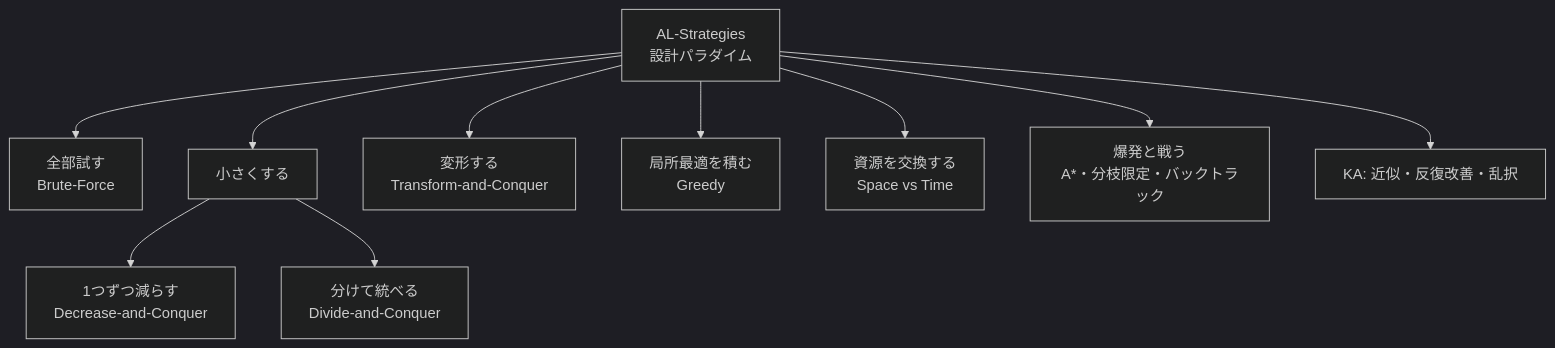
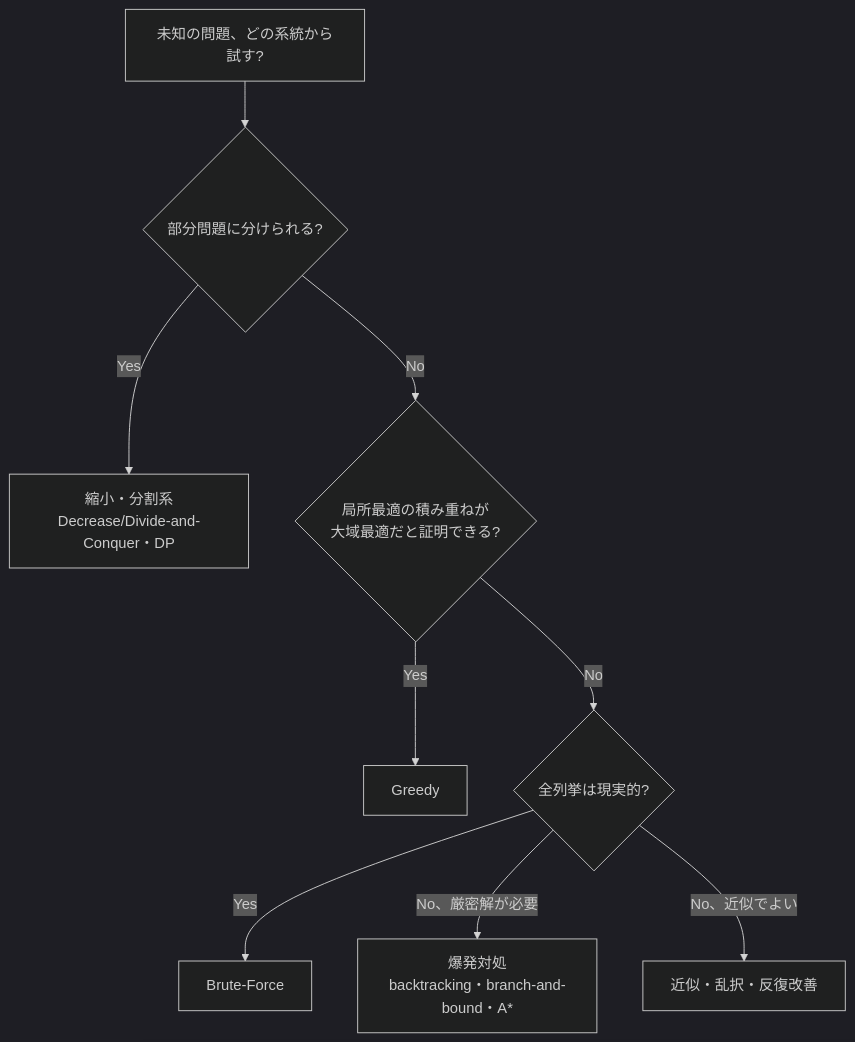
One commit to miyataka/cszap changed the first of 6 diagrams in docs/AL/AL-Strategies.md. Above: the diagram before and after it, drawn with Mermaid (dark theme). The commit also changed other lines of this file and 28 other files, not shown here.

First line of the commit message:
docs: redesign 全体像 diagrams per unit (29 pages)

````diff
--- a/docs/AL/AL-Strategies.md
+++ b/docs/AL/AL-Strategies.md
@@ -15,12 +15,12 @@
 ```mermaid
-graph TD
-  A[AL-Strategies<br/>設計パラダイム] --> B[全部試す<br/>Brute-Force]
-  A --> C[小さくする]
-  A --> D[変形する<br/>Transform-and-Conquer]
-  A --> E[局所最適を積む<br/>Greedy]
-  A --> F[資源を交換する<br/>Space vs Time]
-  C --> C1[1つずつ減らす<br/>Decrease-and-Conquer]
-  C --> C2[分けて統べる<br/>Divide-and-Conquer]
-  A --> G[爆発と戦う<br/>A*・分枝限定・バックトラック]
-  A --> H[KA: 近似・反復改善・乱択]
+flowchart TD
+  Q0["未知の問題、どの系統から試す?"]
+  Q0 --> Q1{部分問題に分けられる?}
+  Q1 -->|Yes| SHRINK["縮小・分割系<br/>Decrease/Divide-and-Conquer・DP"]
+  Q1 -->|No| Q2{局所最適の積み重ねが<br/>大域最適だと証明できる?}
+  Q2 -->|Yes| GR[Greedy]
+  Q2 -->|No| Q3{全列挙は現実的?}
+  Q3 -->|Yes| BF[Brute-Force]
+  Q3 -->|No、厳密解が必要| EXP["爆発対処<br/>backtracking・branch-and-bound・A*"]
+  Q3 -->|No、近似でよい| KA[近似・乱択・反復改善]
 ```
````
